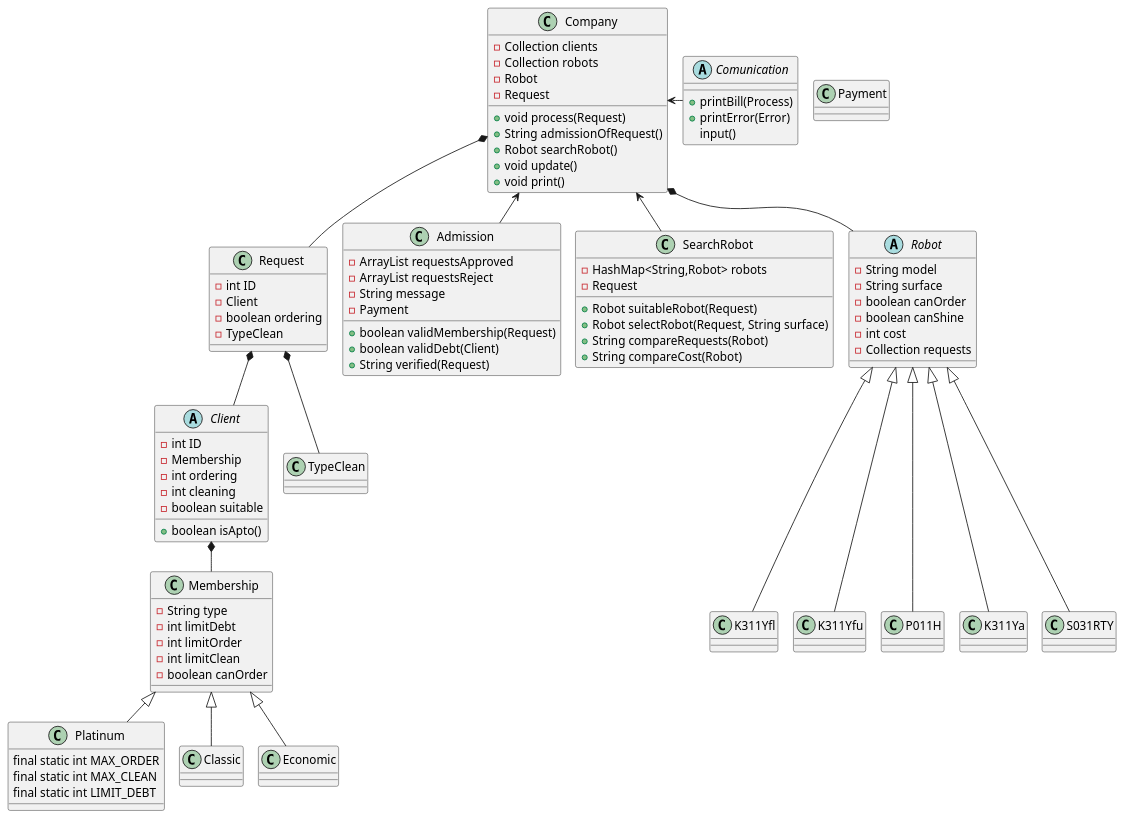
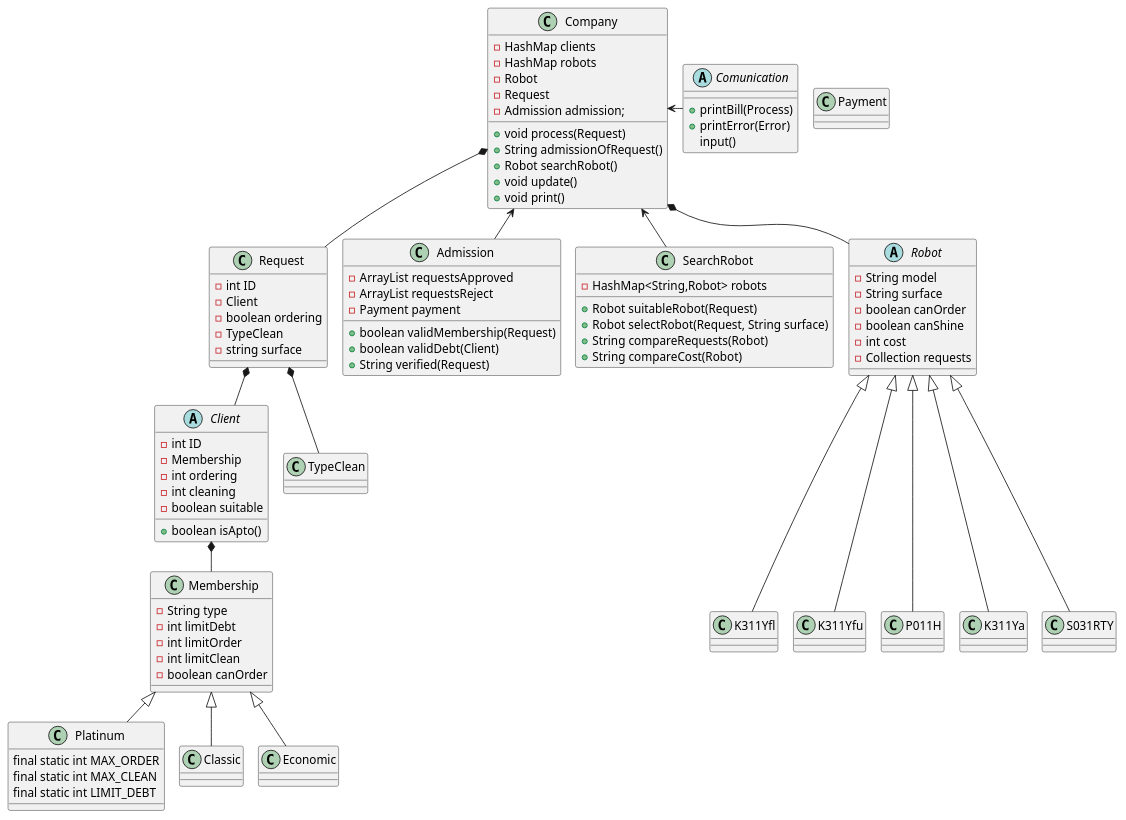
The diagram in src/Aproach3.puml (Grupo-3-Labo-y-prog/RobotsTP), drawn with PlantUML before and after one commit. The commit also changed 2 other files, not shown here.

Commit message:
Clases Robots

```diff
--- a/src/Aproach3.puml
+++ b/src/Aproach3.puml
@@ -1,149 +1,150 @@
 @startuml
 'https://plantuml.com/class-diagram
 
 !pragma layout smetana
 
 'array de pedidos hechos por robot
 
 abstract Client
 class Membership
 class Platinum
 class Classic
 class Economic
 class Request
 class TypeClean
 class Admission
 class Company
 class SearchRobot
 class Payment
 abstract class Robot
 class K311Yfl
 class K311Yfu
 class P011H
 class K311Ya
 class S031RTY
 
 
 Client *-- Membership
 Membership <|-- Platinum
 Membership <|-- Classic
 Membership <|-- Economic
 Company <-- Admission
 Company <-- SearchRobot
 Company <- Comunication
 Company *-- Robot
 Company *-- Request
 Request *-- Client
 Request *-- TypeClean
 Robot <|---K311Ya
 Robot <|---S031RTY
 Robot <|---P011H
 Robot <|---K311Yfu
 Robot <|---K311Yfl
 
 
 abstract Comunication{
 +printBill(Process)
 +printError(Error)
 input()
 }
 
 abstract class Robot{
 -String model
 -String surface
 -boolean canOrder
 -boolean canShine
 -int cost
 -Collection requests
 }
 
 class Company{
 
--Collection clients
--Collection robots
+-HashMap clients
+-HashMap robots
 -Robot
 -Request
+-Admission admission;
 
 'llama a admission
 +void process(Request)
 +String admissionOfRequest()
 +Robot searchRobot()
 +void update()
 +void print()
 
 
 }
 
 'posible clase
 class Admission{
 -ArrayList requestsApproved
 -ArrayList requestsReject
--String message
--Payment
+-Payment payment
 '-ArrayList clients
 
 'ej: pedir un ordenamiento cuando no puede
 +boolean validMembership(Request)
 +boolean validDebt(Client)
 +String verified(Request)
 
 
 }
 
 
 class SearchRobot{
 
 -HashMap<String,Robot> robots
--Request
+'-Request
 
 'llama a la funcion selectRobot y recibe el robot ideal
 + Robot suitableRobot(Request)
 'recibe un request y realiza una iteracion
 'en la colleccion robots donde compara los requerimientos
 + Robot selectRobot(Request, String surface)
 'si es Platinum compara la cola que tiene con un min y se guarda la key
 'si es el primero se fija si es null y lo asigna
 + String compareRequests(Robot)
 'si no es platinum compara el costo con un min y guarda la key para devolverla
 + String compareCost(Robot)
 }
 
 'posible clase lo mismo arriba
 
 
 class Request{
 -int ID
 -Client
 -boolean ordering
 -TypeClean
+-string surface
 '-String address?
 
 }
 
 abstract Client{
 -int ID
 -Membership
 -int ordering
 -int cleaning
 -boolean suitable
 'Collection requests
 'String address?
 +boolean isApto()
 'return limitOrder > ordering && limitClean > cleaning
 }
 
 class Membership{
 -String type
 -int limitDebt
 -int limitOrder
 -int limitClean
 -boolean canOrder
 }
 
 class Platinum{
 final static int MAX_ORDER
 final static int MAX_CLEAN
 final static int LIMIT_DEBT
 }
 
 @enduml
```
